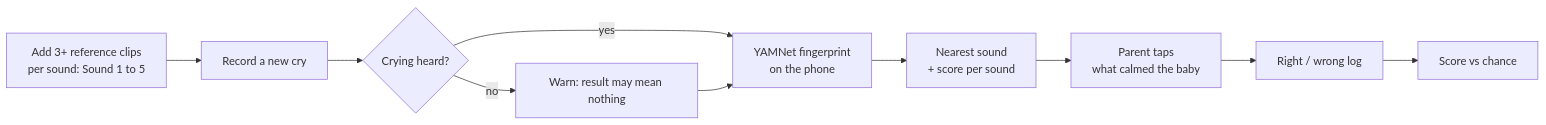
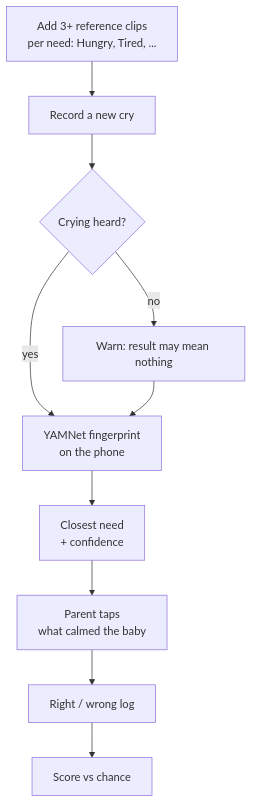
One commit to prPMDev/cry-matcher changed the first of 2 diagrams in README.md. Above: the diagram before and after it, drawn with Mermaid. The commit also changed other lines of this file and 3 other files, not shown here.

````diff
--- a/README.md
+++ b/README.md
@@ -28,12 +28,12 @@
 ```mermaid
-flowchart LR
-    A[Add 3+ reference clips<br/>per sound: Sound 1 to 5] --> B[Record a new cry]
+flowchart TD
+    A[Add 3+ reference clips<br/>per need: Hungry, Tired, ...] --> B[Record a new cry]
     B --> C{Crying heard?}
     C -- no --> W[Warn: result may mean nothing]
     C -- yes --> D[YAMNet fingerprint<br/>on the phone]
     W --> D
-    D --> E[Nearest sound<br/>+ score per sound]
+    D --> E[Closest need<br/>+ confidence]
     E --> F[Parent taps<br/>what calmed the baby]
     F --> G[Right / wrong log]
     G --> H[Score vs chance]
 ```
````
